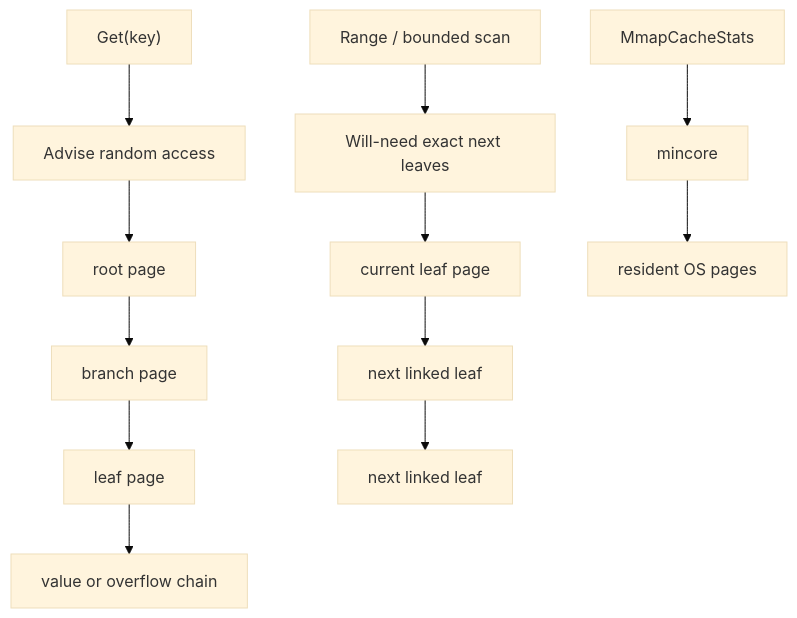
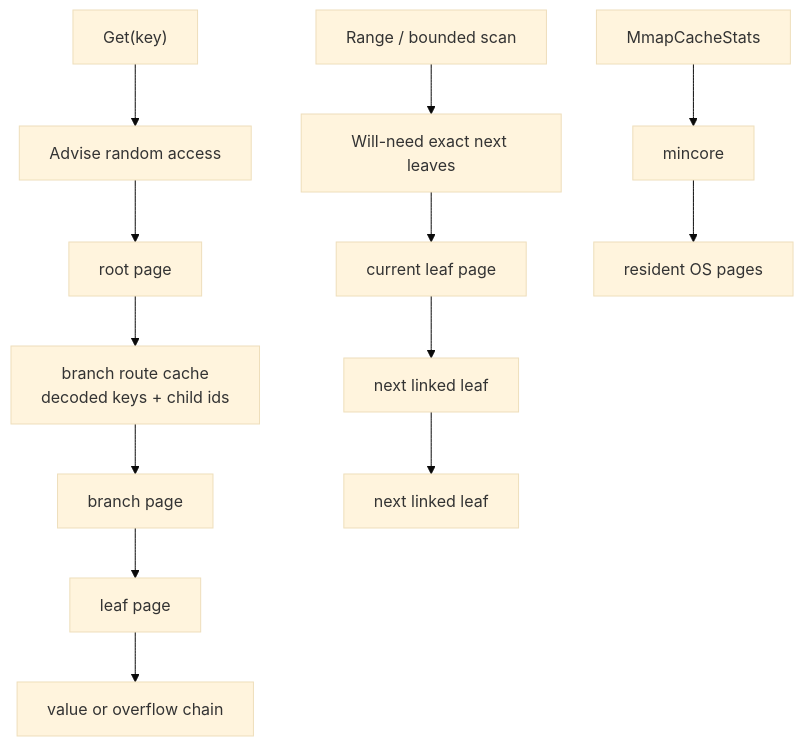
The third of 4 diagrams in docs/08-mmap-backed-pages.md (hadamrd/cow-btree-course), drawn with Mermaid (base theme) before and after one commit. The commit also changed other lines of this file and 8 other files, not shown here.

Commit message:
feat: cache branch page routing metadata

````diff
--- a/docs/08-mmap-backed-pages.md
+++ b/docs/08-mmap-backed-pages.md
@@ -102,16 +104,17 @@
 ```mermaid
 flowchart TD
     G["Get(key)"] --> A["Advise random access"]
     A --> R["root page"]
-    R --> B["branch page"]
+    R --> D["branch route cache<br/>decoded keys + child ids"]
+    D --> B["branch page"]
     B --> L["leaf page"]
     L --> V["value or overflow chain"]
 
     S["Range / bounded scan"] --> Q["Will-need exact next leaves"]
     Q --> P1["current leaf page"]
     P1 --> P2["next linked leaf"]
     P2 --> P3["next linked leaf"]
 
     C["MmapCacheStats"] --> M["mincore"]
     M --> K["resident OS pages"]
 ```
````
